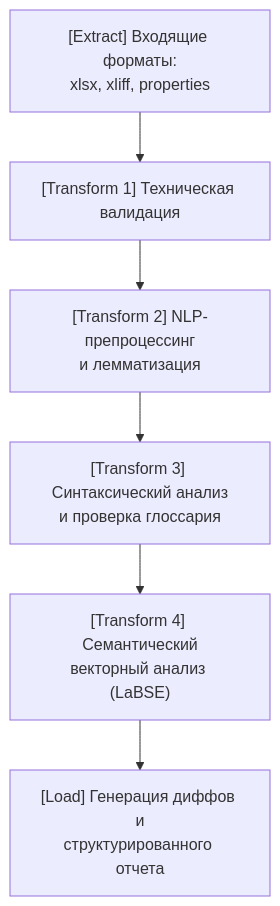
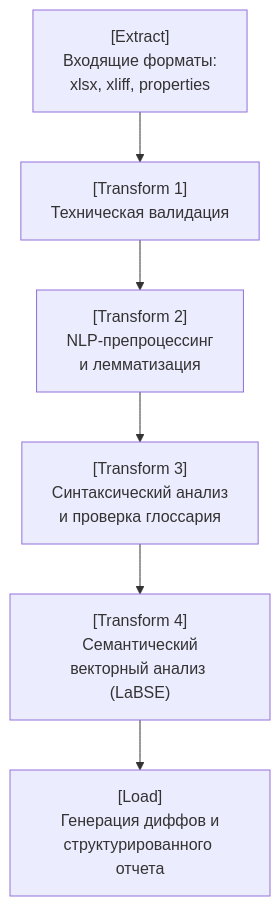
The diagram in docs/cases/lqa-framework.md (lopefre/lopefre.github.io), drawn with Mermaid before and after one commit.

````diff
--- a/docs/cases/lqa-framework.md
+++ b/docs/cases/lqa-framework.md
@@ -23,10 +23,10 @@
 ```mermaid
 graph TD
-    A["[Extract] Входящие форматы:<br>xlsx, xliff, properties"] --> B["[Transform 1] Техническая валидация"]
-    B --> C["[Transform 2] NLP-препроцессинг<br>и лемматизация"]
-    C --> D["[Transform 3] Синтаксический анализ<br>и проверка глоссария"]
-    D --> E["[Transform 4] Семантический<br>векторный анализ (LaBSE)"]
-    E --> F["[Load] Генерация диффов и<br>структурированного отчета"]
+    A["[Extract]<br>Входящие форматы:<br>xlsx, xliff, properties"] --> B["[Transform 1]<br>Техническая валидация"]
+    B --> C["[Transform 2]<br>NLP-препроцессинг<br>и лемматизация"]
+    C --> D["[Transform 3]<br>Синтаксический анализ<br>и проверка глоссария"]
+    D --> E["[Transform 4]<br>Семантический<br>векторный анализ (LaBSE)"]
+    E --> F["[Load]<br>Генерация диффов и<br>структурированного отчета"]
 
 
 ```
````
